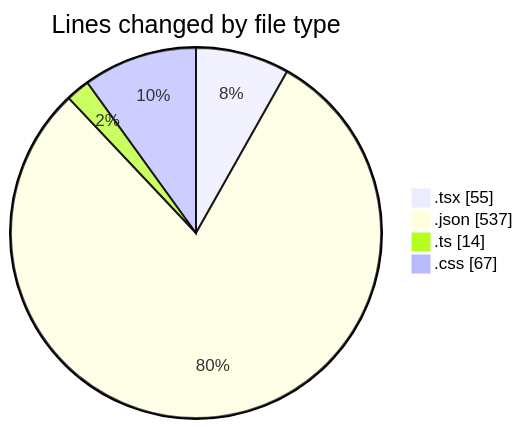
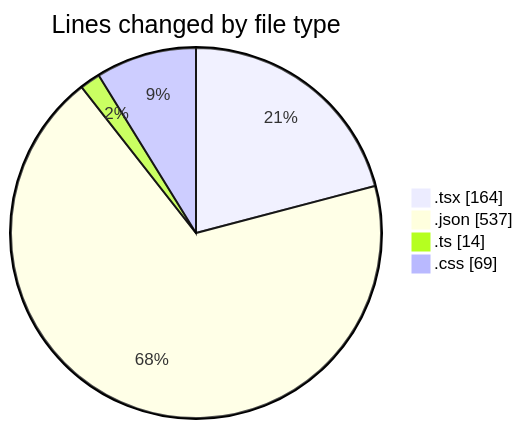
The first of 2 diagrams in 2025-08-04/tw-server/README.md (EIIisD/code-tracking), drawn with Mermaid before and after one commit. The commit also changed other lines of this file and 1 other file, not shown here.

````diff
--- a/2025-08-04/tw-server/README.md
+++ b/2025-08-04/tw-server/README.md
@@ -23,8 +24,8 @@
 ```mermaid
 pie showData
 title Lines changed by file type
-".tsx" : 55
+".tsx" : 164
 ".json" : 537
 ".ts" : 14
-".css" : 67
+".css" : 69
 ```
````
